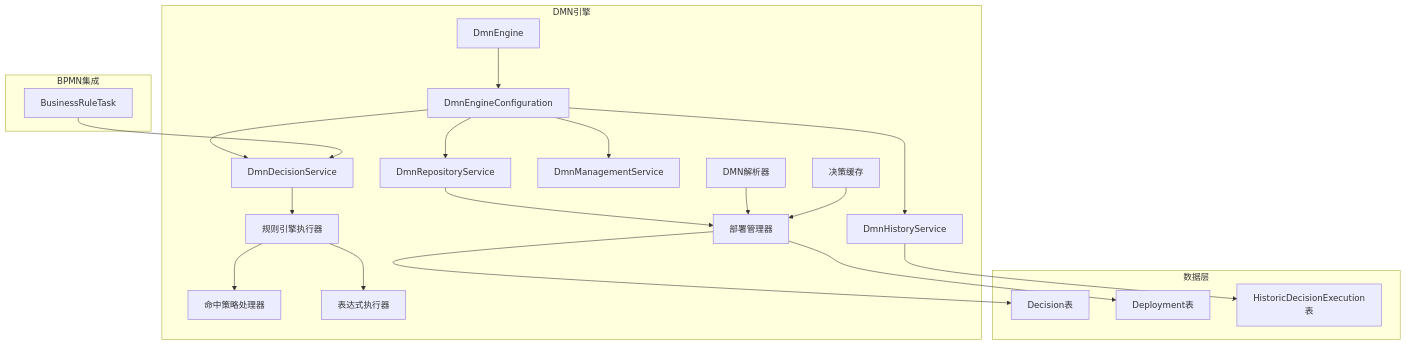
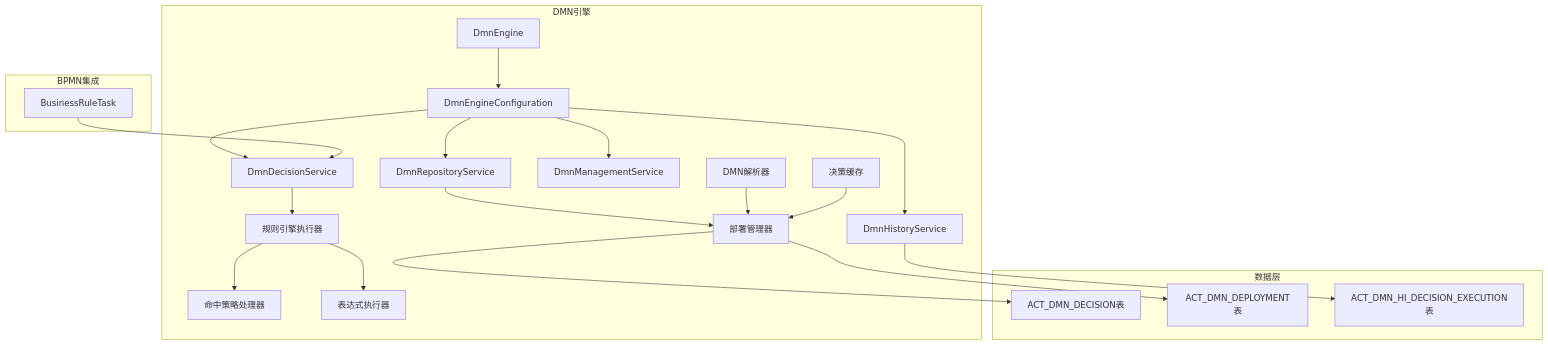
One commit to yangzhouQS/flow-node-engine changed the second of 2 diagrams in new-docs2/05-DMN决策引擎设计.md. Above: the diagram before and after it, drawn with Mermaid. The commit also changed other lines of this file and 13 other files, not shown here.

````diff
--- a/new-docs2/05-DMN决策引擎设计.md
+++ b/new-docs2/05-DMN决策引擎设计.md
@@ -61,34 +62,34 @@
 ```mermaid
 graph TB
     subgraph DMN引擎
         A[DmnEngine] --> B[DmnEngineConfiguration]
         B --> C[DmnRepositoryService]
         B --> D[DmnDecisionService]
         B --> E[DmnHistoryService]
         B --> F[DmnManagementService]
         
         C --> G[部署管理器]
         D --> H[规则引擎执行器]
         H --> I[命中策略处理器]
         H --> J[表达式执行器]
         
         K[DMN解析器] --> G
         L[决策缓存] --> G
     end
     
     subgraph 数据层
-        M[Decision表]
-        N[Deployment表]
-        O[HistoricDecisionExecution表]
+        M[ACT_DMN_DECISION表]
+        N[ACT_DMN_DEPLOYMENT表]
+        O[ACT_DMN_HI_DECISION_EXECUTION表]
     end
     
     G --> M
     G --> N
     E --> O
     
     subgraph BPMN集成
         P[BusinessRuleTask]
     end
     
     P --> D
 ```
````
